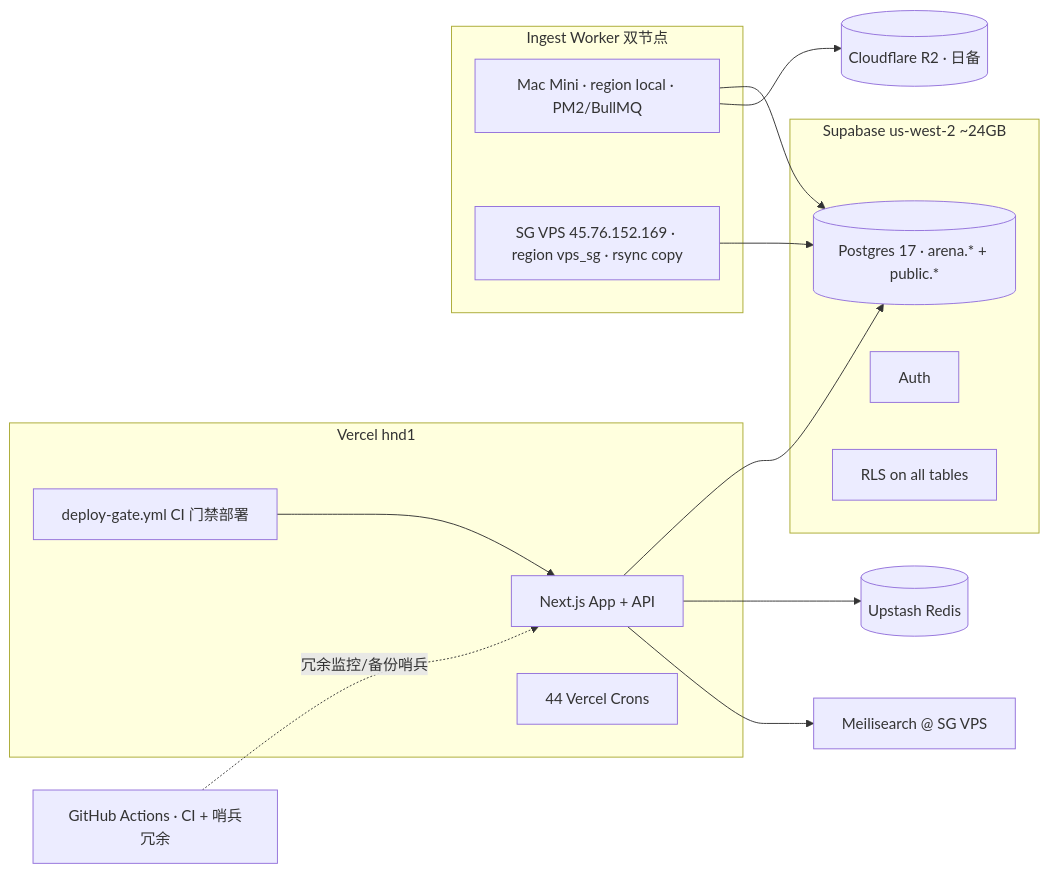
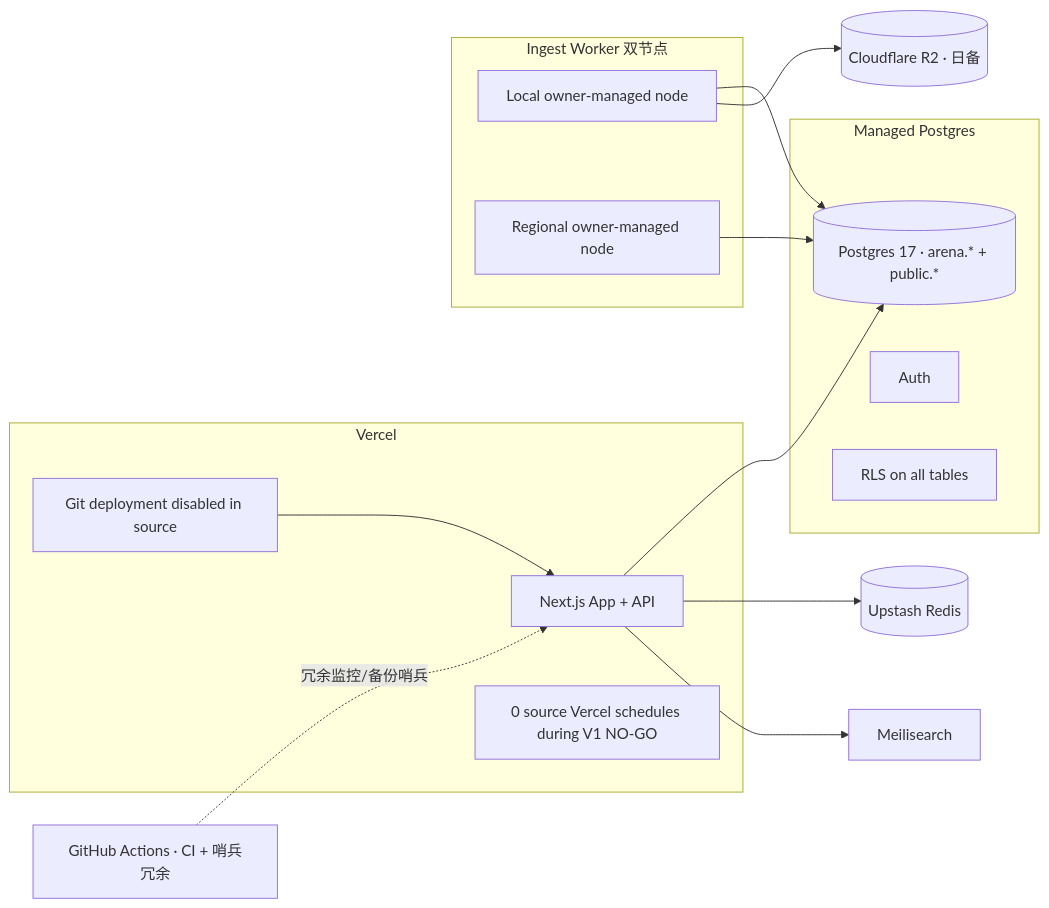
Before and after one commit to Adeline117/ranking-arena: the third of 3 diagrams in docs/ARCHITECTURE.md, drawn with Mermaid. The commit also changed other lines of this file and 17 other files, not shown here.

````diff
--- a/docs/ARCHITECTURE.md
+++ b/docs/ARCHITECTURE.md
@@ -82,30 +85,30 @@
 ```mermaid
 graph LR
-  subgraph Vercel[Vercel hnd1]
+  subgraph Vercel[Vercel]
     APP[Next.js App + API]
-    CRON[44 Vercel Crons]
-    GATE[deploy-gate.yml CI 门禁部署]
+    CRON[0 source Vercel schedules during V1 NO-GO]
+    GATE[Git deployment disabled in source]
   end
-  subgraph Supabase[Supabase us-west-2 ~24GB]
+  subgraph Supabase[Managed Postgres]
     PG[(Postgres 17 · arena.* + public.*)]
     AUTH[Auth]
     RLS[RLS on all tables]
   end
   subgraph Nodes[Ingest Worker 双节点]
-    MM[Mac Mini · region local · PM2/BullMQ]
-    SG[SG VPS 45.76.152.169 · region vps_sg · rsync copy]
+    MM[Local owner-managed node]
+    SG[Regional owner-managed node]
   end
-  MEILI[Meilisearch @ SG VPS]
+  MEILI[Meilisearch]
   REDIS[(Upstash Redis)]
   R2[(Cloudflare R2 · 日备)]
   GH[GitHub Actions · CI + 哨兵冗余]
 
   APP --> PG
   APP --> REDIS
   APP --> MEILI
   MM --> PG
   SG --> PG
   MM --> R2
   GH -.冗余监控/备份哨兵.-> APP
   GATE --> APP
 ```
````
